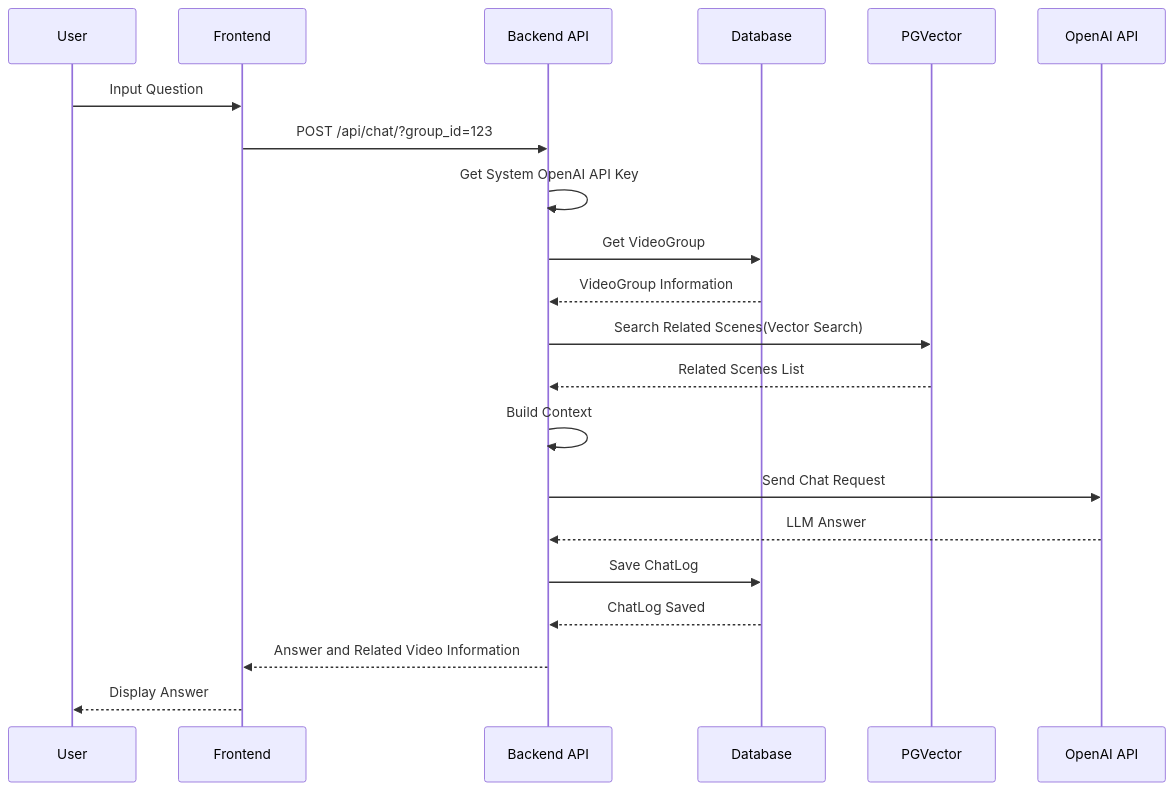
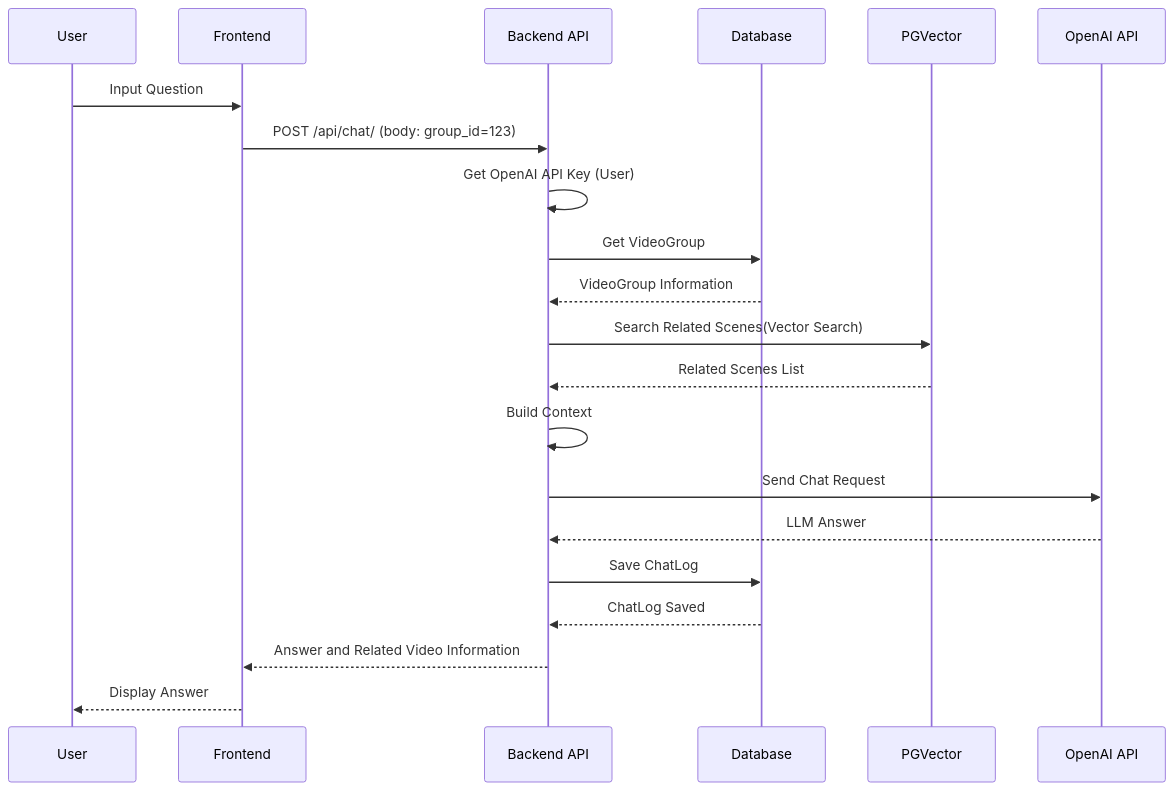
One commit to yukiharada1228/videoq changed the second of 6 diagrams in docs/design/sequence-diagram.md. Above: the diagram before and after it, drawn with Mermaid. The commit also changed other lines of this file and 8 other files, not shown here.

````diff
--- a/docs/design/sequence-diagram.md
+++ b/docs/design/sequence-diagram.md
@@ -49,24 +49,24 @@
 ```mermaid
 sequenceDiagram
     participant User as User
     participant Frontend as Frontend
     participant Backend as Backend API
     participant DB as Database
     participant PGVector as PGVector
     participant OpenAI as OpenAI API
 
     User->>Frontend: Input Question
-    Frontend->>Backend: POST /api/chat/?group_id=123
-    Backend->>Backend: Get System OpenAI API Key
+    Frontend->>Backend: POST /api/chat/ (body: group_id=123)
+    Backend->>Backend: Get OpenAI API Key (User)
     Backend->>DB: Get VideoGroup
     DB-->>Backend: VideoGroup Information
     Backend->>PGVector: Search Related Scenes(Vector Search)
     PGVector-->>Backend: Related Scenes List
     Backend->>Backend: Build Context
     Backend->>OpenAI: Send Chat Request
     OpenAI-->>Backend: LLM Answer
     Backend->>DB: Save ChatLog
     DB-->>Backend: ChatLog Saved
     Backend-->>Frontend: Answer and Related Video Information
     Frontend-->>User: Display Answer
 ```
````
